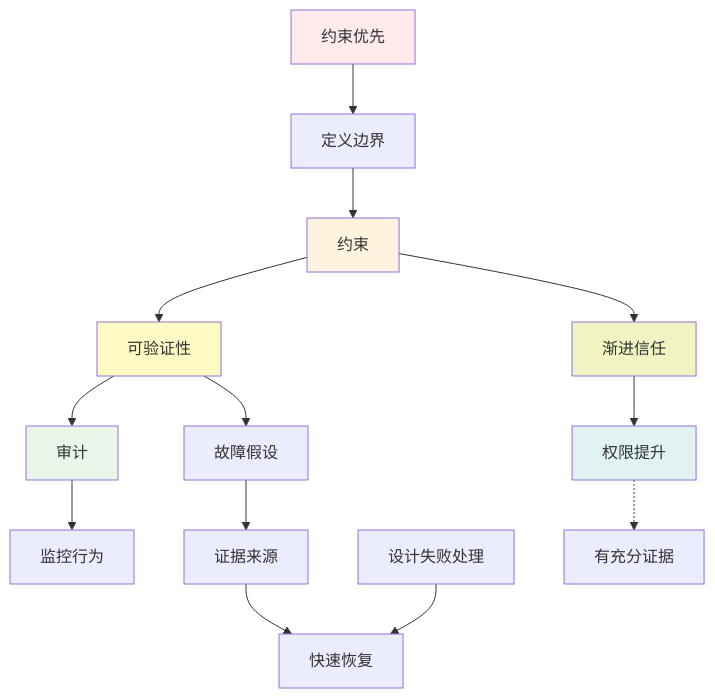
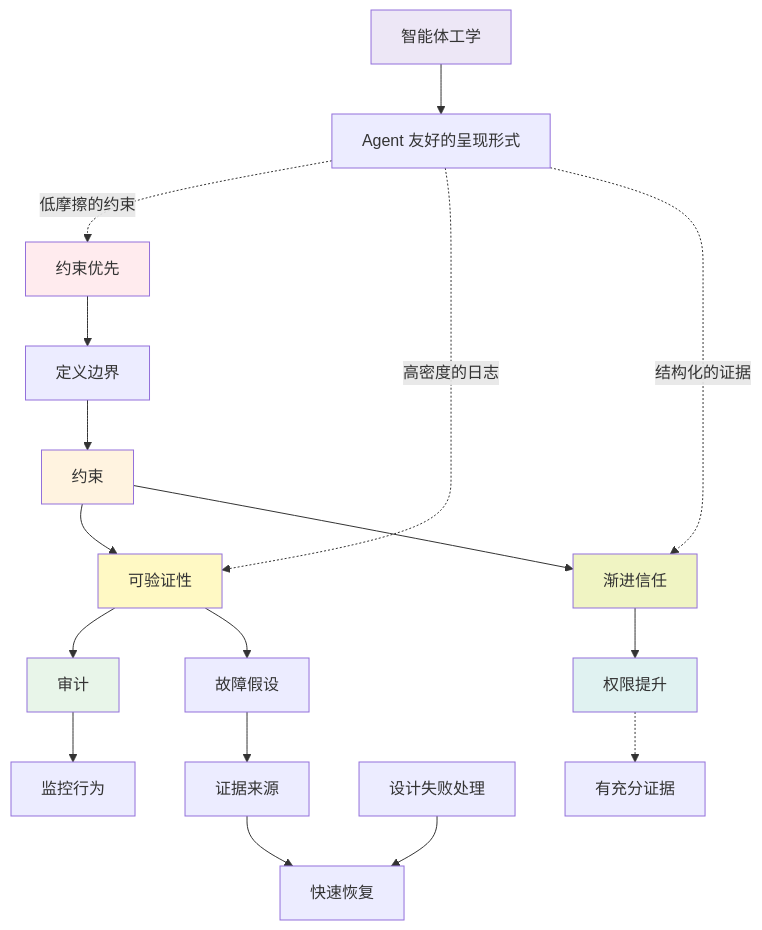
One commit to yeasy/harness_engineering_guide changed the second of 3 diagrams in 03_principles/summary.md. Above: the diagram before and after it, drawn with Mermaid. The commit also changed other lines of this file and 3 other files, not shown here.

Commit message:
统一第三章为五大设计原则：将 3.5 智能体工学纳入框架图/职责表/检查清单/全书引用

````diff
--- a/03_principles/summary.md
+++ b/03_principles/summary.md
@@ -102,36 +122,43 @@
 ```mermaid
 graph TB
     A["约束优先"]
     B["定义边界"]
     C["约束"]
     D["可验证性"]
     E["审计"]
     F["监控行为"]
     G["渐进信任"]
     H["权限提升"]
     I["有充分证据"]
     J["故障假设"]
     K["设计失败处理"]
     L["快速恢复"]
     M["证据来源"]
+    N["智能体工学"]
+    O["Agent 友好的呈现形式"]
 
     A --> B
     B --> C
     C --> D
     D --> E
     E --> F
     C --> G
     G --> H
     H -.-> I
     J --> M
     M --> L
     D --> J
     K --> L
+    N --> O
+    O -.->|低摩擦的约束| A
+    O -.->|高密度的日志| D
+    O -.->|结构化的证据| G
 
     style A fill:#ffebee
     style C fill:#fff3e0
     style D fill:#fff9c4
     style G fill:#f0f4c3
     style E fill:#e8f5e9
     style H fill:#e0f2f1
+    style N fill:#ede7f6
 ```
````
